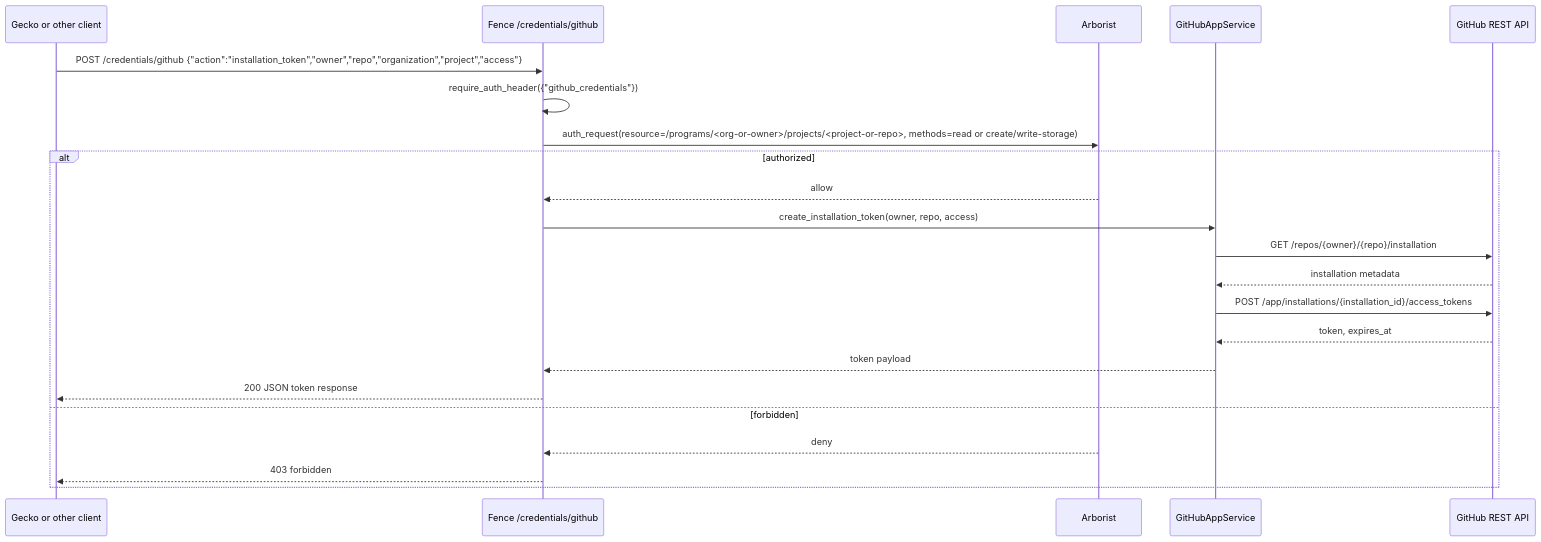
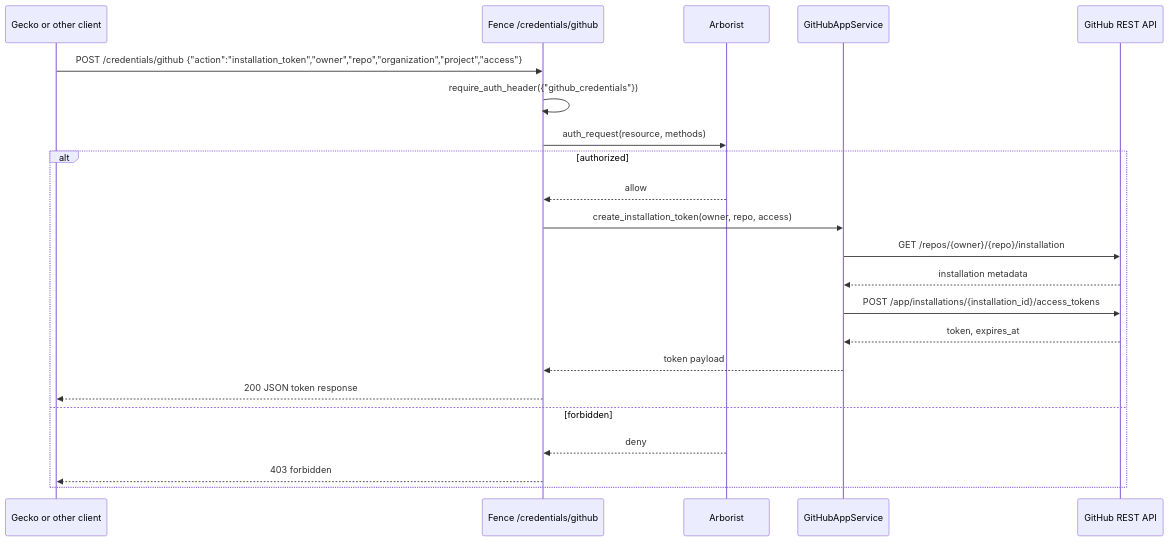
Before and after one commit to calypr/fence: the third of 3 diagrams in docs/additional_documentation/userinfo_authz_snapshot_cache.md, drawn with Mermaid. The commit also changed other lines of this file, not shown here.

````diff
--- a/docs/additional_documentation/userinfo_authz_snapshot_cache.md
+++ b/docs/additional_documentation/userinfo_authz_snapshot_cache.md
@@ -225,26 +226,26 @@
 ```mermaid
 sequenceDiagram
     participant Client as Gecko or other client
     participant Fence as Fence /credentials/github
     participant Arborist
     participant GitHubSvc as GitHubAppService
     participant GitHub as GitHub REST API
 
     Client->>Fence: POST /credentials/github {"action":"installation_token","owner","repo","organization","project","access"}
     Fence->>Fence: require_auth_header({"github_credentials"})
-    Fence->>Arborist: auth_request(resource=/programs/<org-or-owner>/projects/<project-or-repo>, methods=read or create/write-storage)
+    Fence->>Arborist: auth_request(resource, methods)
 
     alt authorized
         Arborist-->>Fence: allow
         Fence->>GitHubSvc: create_installation_token(owner, repo, access)
         GitHubSvc->>GitHub: GET /repos/{owner}/{repo}/installation
         GitHub-->>GitHubSvc: installation metadata
         GitHubSvc->>GitHub: POST /app/installations/{installation_id}/access_tokens
         GitHub-->>GitHubSvc: token, expires_at
         GitHubSvc-->>Fence: token payload
         Fence-->>Client: 200 JSON token response
     else forbidden
         Arborist-->>Fence: deny
         Fence-->>Client: 403 forbidden
     end
 ```
````
